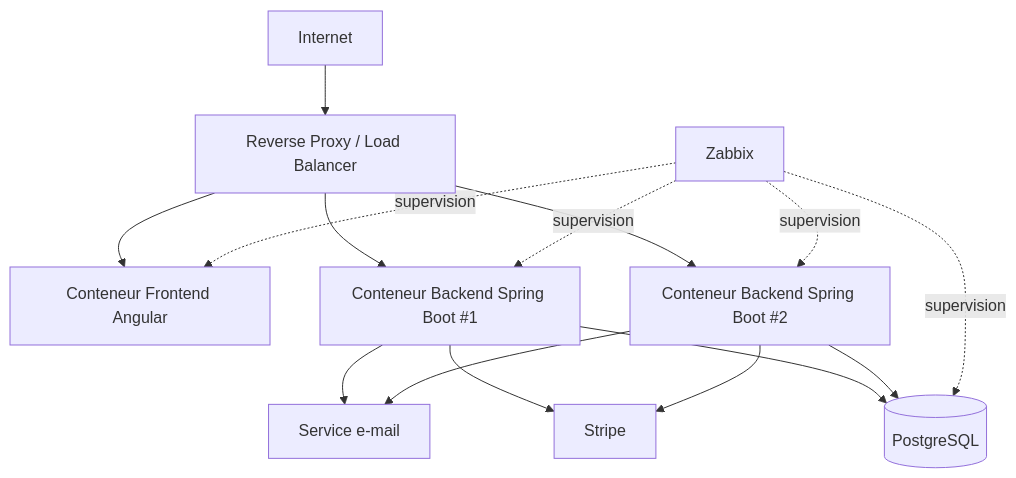
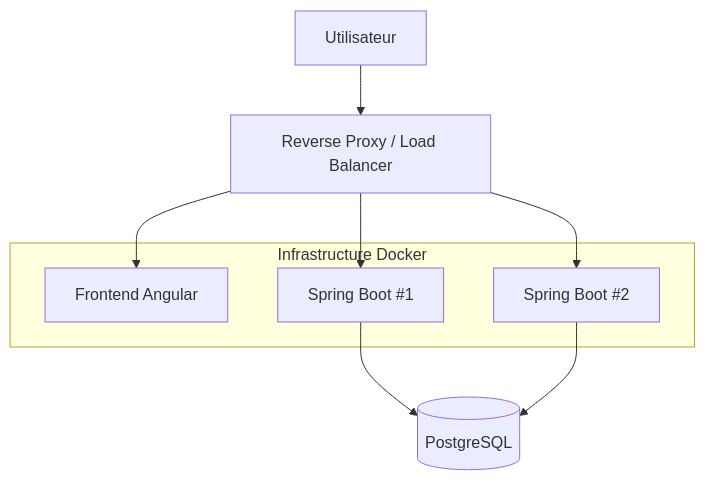
One commit to LeangOC/MyOC2_P10 changed the third of 6 diagrams in Docs/Dossier_Architecture.md. Above: the diagram before and after it, drawn with Mermaid. The commit also changed other lines of this file and 4 other files, not shown here.

Commit message:
Dossier Architecture

````diff
--- a/Docs/Dossier_Architecture.md
+++ b/Docs/Dossier_Architecture.md
@@ -619,38 +628,22 @@
 ```mermaid
 flowchart TB
-    Internet["Internet"]
 
-    LB["Reverse Proxy / Load Balancer"]
+    User[Utilisateur]
+    LB[Reverse Proxy / Load Balancer]
 
-    Front["Conteneur Frontend Angular"]
+    subgraph Docker["Infrastructure Docker"]
+        Front[Frontend Angular]
+        Backend1[Spring Boot #1]
+        Backend2[Spring Boot #2]
+    end
 
-    API1["Conteneur Backend Spring Boot #1"]
-    API2["Conteneur Backend Spring Boot #2"]
+    DB[(PostgreSQL)]
 
-    DB[("PostgreSQL")]
+    User --> LB
+    LB --> Front
+    LB --> Backend1
+    LB --> Backend2
 
-    ZBX["Zabbix"]
-
-    Stripe["Stripe"]
-    Mail["Service e-mail"]
-
-    Internet --> LB
-    LB --> Front
-
-    LB --> API1
-    LB --> API2
-
-    API1 --> DB
-    API2 --> DB
-
-    API1 --> Stripe
-    API2 --> Stripe
-
-    API1 --> Mail
-    API2 --> Mail
-
-    ZBX -. supervision .-> Front
-    ZBX -. supervision .-> API1
-    ZBX -. supervision .-> API2
-    ZBX -. supervision .-> DB
+    Backend1 --> DB
+    Backend2 --> DB
 ```
````
